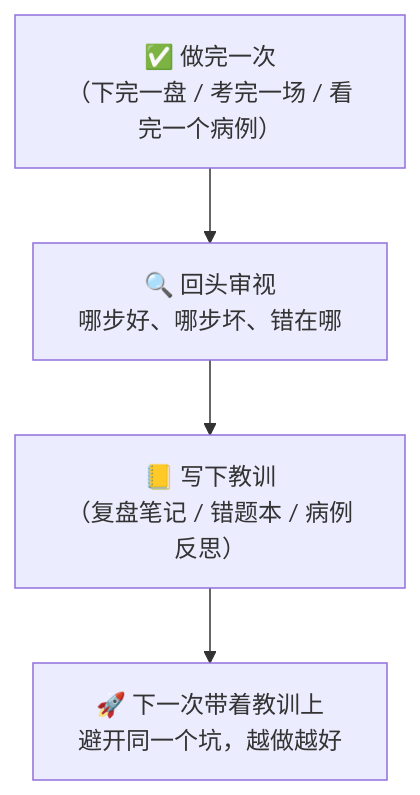
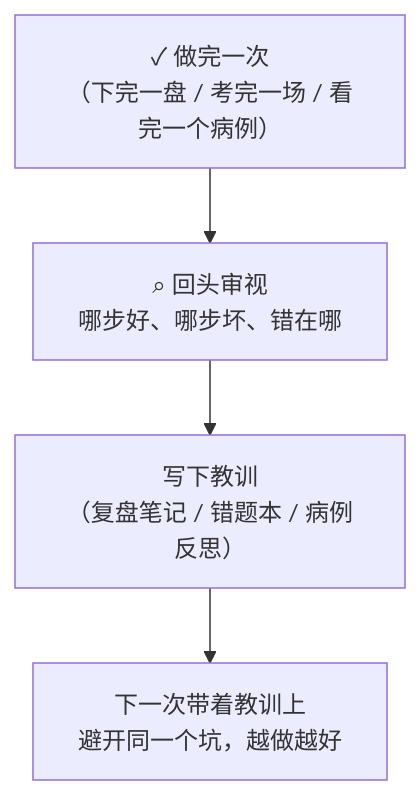
The second of 5 diagrams in docs/02_CONCEPTS_概念入门/CONCEPT/[CONCEPT-22] 什么是反思-Reflection.md (luckykhy/KhyAiHub), drawn with Mermaid before and after one commit. The commit also changed other lines of this file, not shown here.

````diff
--- a/docs/02_CONCEPTS_概念入门/CONCEPT/[CONCEPT-22] 什么是反思-Reflection.md
+++ b/docs/02_CONCEPTS_概念入门/CONCEPT/[CONCEPT-22] 什么是反思-Reflection.md
@@ -69,7 +69,7 @@
 ```mermaid
 flowchart TB
-  DONE["✅ 做完一次<br/>（下完一盘 / 考完一场 / 看完一个病例）"]
-  DONE --> REVIEW["🔍 回头审视<br/>哪步好、哪步坏、错在哪"]
-  REVIEW --> LESSON["📒 写下教训<br/>（复盘笔记 / 错题本 / 病例反思）"]
-  LESSON --> NEXT["🚀 下一次带着教训上<br/>避开同一个坑，越做越好"]
+  DONE["✓ 做完一次<br/>（下完一盘 / 考完一场 / 看完一个病例）"]
+  DONE --> REVIEW["⌕ 回头审视<br/>哪步好、哪步坏、错在哪"]
+  REVIEW --> LESSON["写下教训<br/>（复盘笔记 / 错题本 / 病例反思）"]
+  LESSON --> NEXT["下一次带着教训上<br/>避开同一个坑，越做越好"]
 ```
````
